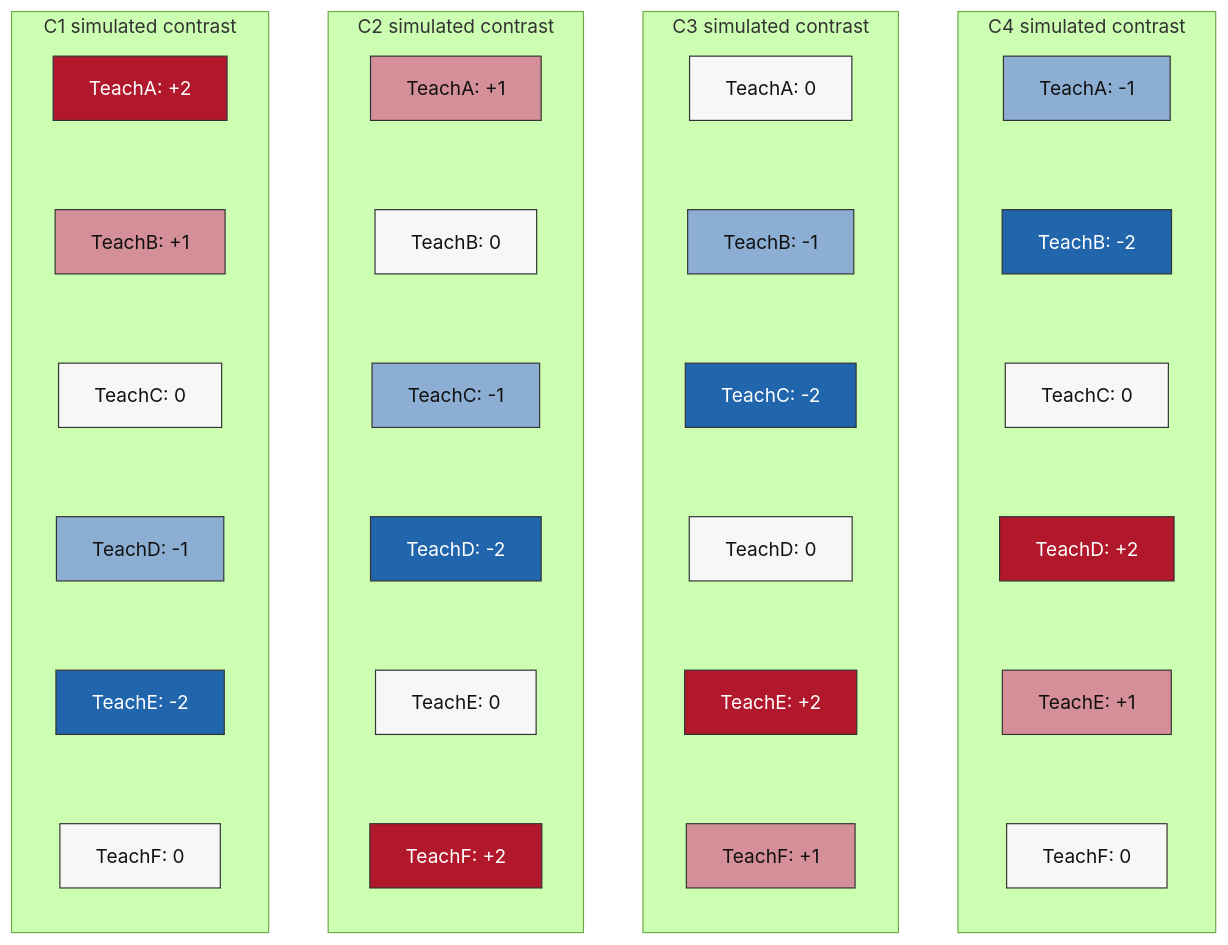
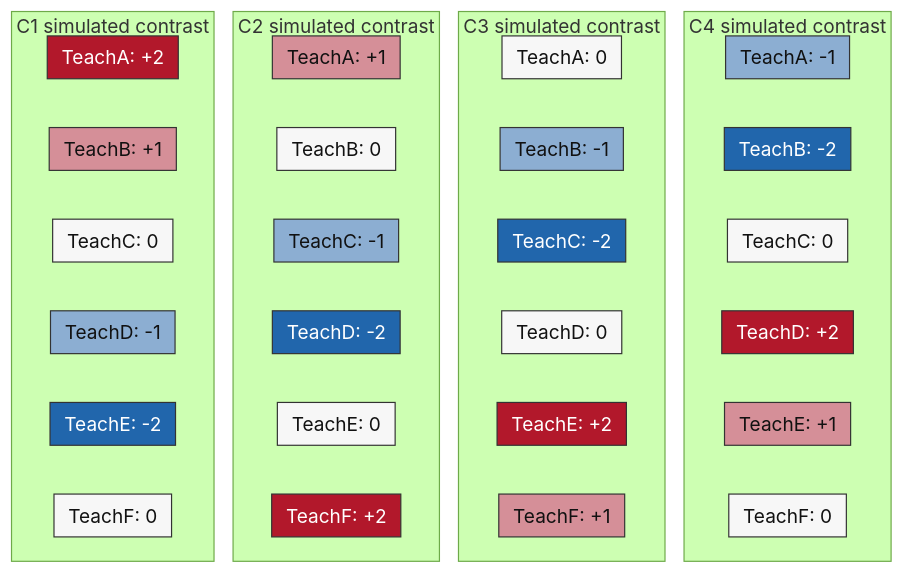
The sixth of 7 diagrams in 06_RESOURCES/Genomics/BREAST_CANCER_60_GENE_COMPANION.md (pskeffington/Dartmouth.HSE.Public), drawn with Mermaid (forest theme) before and after one commit. The commit also changed other lines of this file and 4 other files, not shown here.

Commit message:
Fit the inline heatmap and add accessible diagram text

````diff
--- a/06_RESOURCES/Genomics/BREAST_CANCER_60_GENE_COMPANION.md
+++ b/06_RESOURCES/Genomics/BREAST_CANCER_60_GENE_COMPANION.md
@@ -995,30 +1005,31 @@
 ```mermaid
+%%{init: {"flowchart": {"rankSpacing": 16, "nodeSpacing": 16, "padding": 6}}}%%
 flowchart LR
   subgraph C1["C1 simulated contrast"]
     direction TB
     C1A["TeachA: +2"] ~~~ C1B["TeachB: +1"] ~~~ C1C["TeachC: 0"] ~~~ C1D["TeachD: -1"] ~~~ C1E["TeachE: -2"] ~~~ C1F["TeachF: 0"]
   end
   subgraph C2["C2 simulated contrast"]
     direction TB
     C2A["TeachA: +1"] ~~~ C2B["TeachB: 0"] ~~~ C2C["TeachC: -1"] ~~~ C2D["TeachD: -2"] ~~~ C2E["TeachE: 0"] ~~~ C2F["TeachF: +2"]
   end
   subgraph C3["C3 simulated contrast"]
     direction TB
     C3A["TeachA: 0"] ~~~ C3B["TeachB: -1"] ~~~ C3C["TeachC: -2"] ~~~ C3D["TeachD: 0"] ~~~ C3E["TeachE: +2"] ~~~ C3F["TeachF: +1"]
   end
   subgraph C4["C4 simulated contrast"]
     direction TB
     C4A["TeachA: -1"] ~~~ C4B["TeachB: -2"] ~~~ C4C["TeachC: 0"] ~~~ C4D["TeachD: +2"] ~~~ C4E["TeachE: +1"] ~~~ C4F["TeachF: 0"]
   end
   C1 ~~~ C2 ~~~ C3 ~~~ C4
   classDef neg2 fill:#2166AC,stroke:#333333,color:#FFFFFF;
   classDef neg1 fill:#8CAED2,stroke:#333333,color:#111111;
   classDef zero fill:#F7F7F7,stroke:#333333,color:#111111;
   classDef pos1 fill:#D58F98,stroke:#333333,color:#111111;
   classDef pos2 fill:#B2182B,stroke:#333333,color:#FFFFFF;
   class C1E,C2D,C3C,C4B neg2;
   class C1D,C2C,C3B,C4A neg1;
   class C1C,C1F,C2B,C2E,C3A,C3D,C4C,C4F zero;
   class C1B,C2A,C3F,C4E pos1;
   class C1A,C2F,C3E,C4D pos2;
 ```
````
